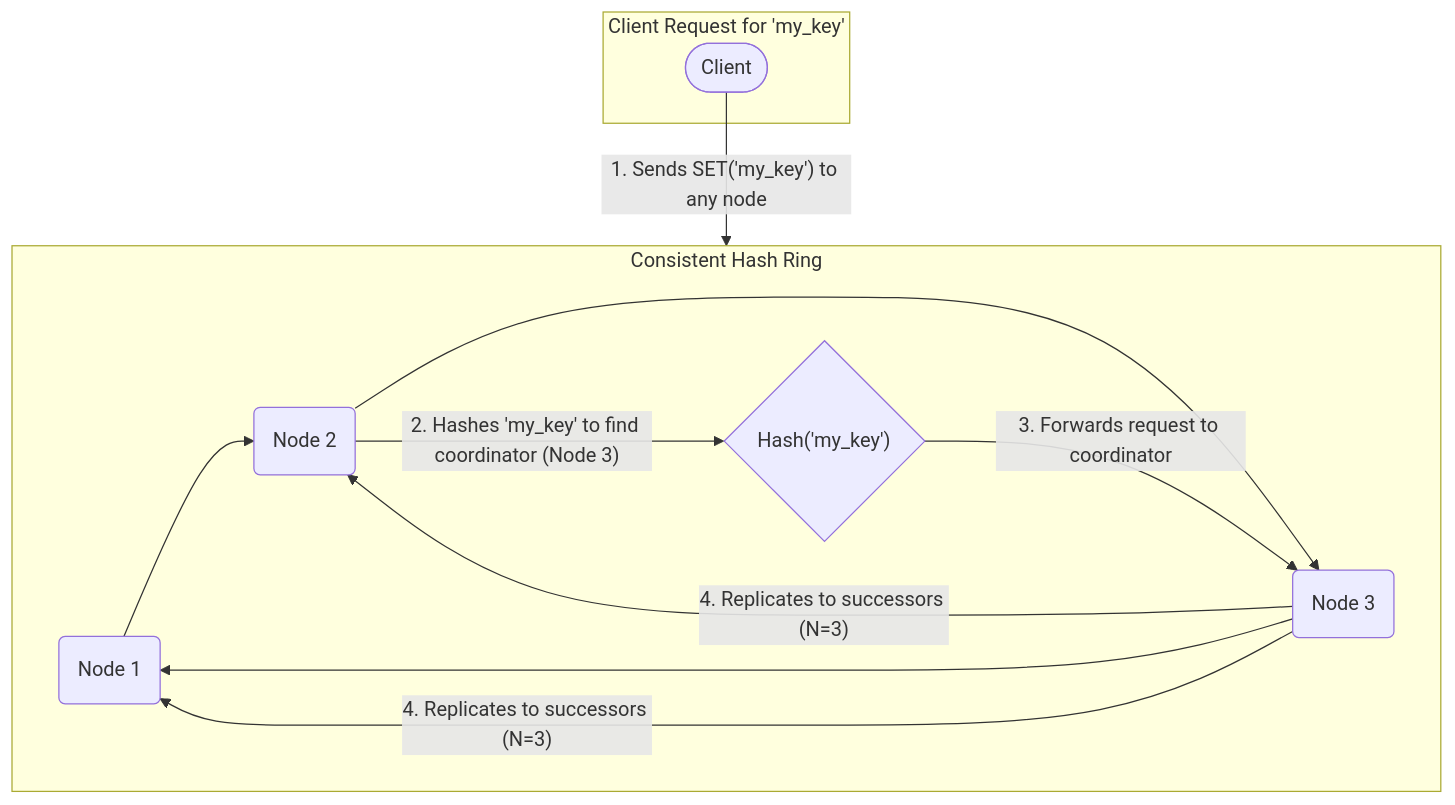
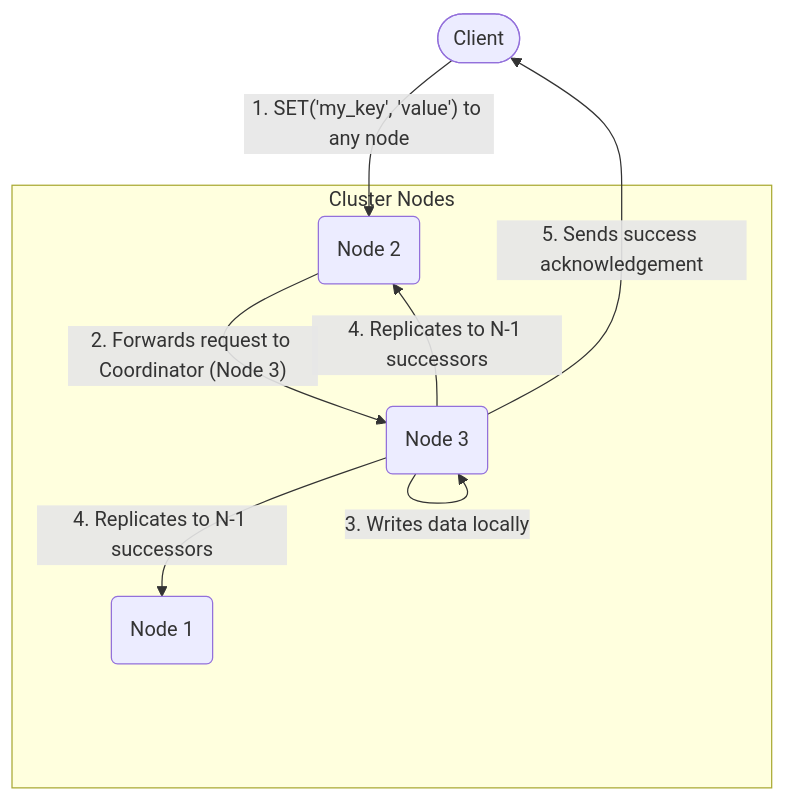
One commit to KaranSinghDev/A-Distributed-Cache-Sys changed the diagram in README.md. Above: the diagram before and after it, drawn with Mermaid.

````diff
--- a/README.md
+++ b/README.md
@@ -28,22 +28,17 @@
 ```mermaid
 graph TD
-    subgraph "Client Request for 'my_key'"
-        Client([Client])
-    end
-    
-    subgraph "Consistent Hash Ring"
-        direction LR
-        Node1("Node 1")
-        Node2("Node 2")
-        Node3("Node 3")
-        KeyHash{"Hash('my_key')"}
+    Client([Client])
 
-        Node1 --> Node2 --> Node3 --> Node1
+    subgraph "Cluster Nodes"
+        Node1(Node 1)
+        Node2(Node 2)
+        Node3(Node 3)
     end
 
-    Client -- "1. Sends SET('my_key') to any node" --> Node2;
-    Node2 -- "2. Hashes 'my_key' to find coordinator (Node 3)" --> KeyHash;
-    KeyHash -- "3. Forwards request to coordinator" --> Node3;
-    Node3 -- "4. Replicates to successors (N=3)" --> Node1;
-    Node3 -- "4. Replicates to successors (N=3)" --> Node2;
+    Client -- "1. SET('my_key', 'value') to any node" --> Node2;
+    Node2 -- "2. Forwards request to Coordinator (Node 3)" --> Node3;
+    Node3 -- "3. Writes data locally" --> Node3;
+    Node3 -- "4. Replicates to N-1 successors" --> Node1;
+    Node3 -- "4. Replicates to N-1 successors" --> Node2;
+    Node3 -- "5. Sends success acknowledgement" --> Client;
 ```
````
